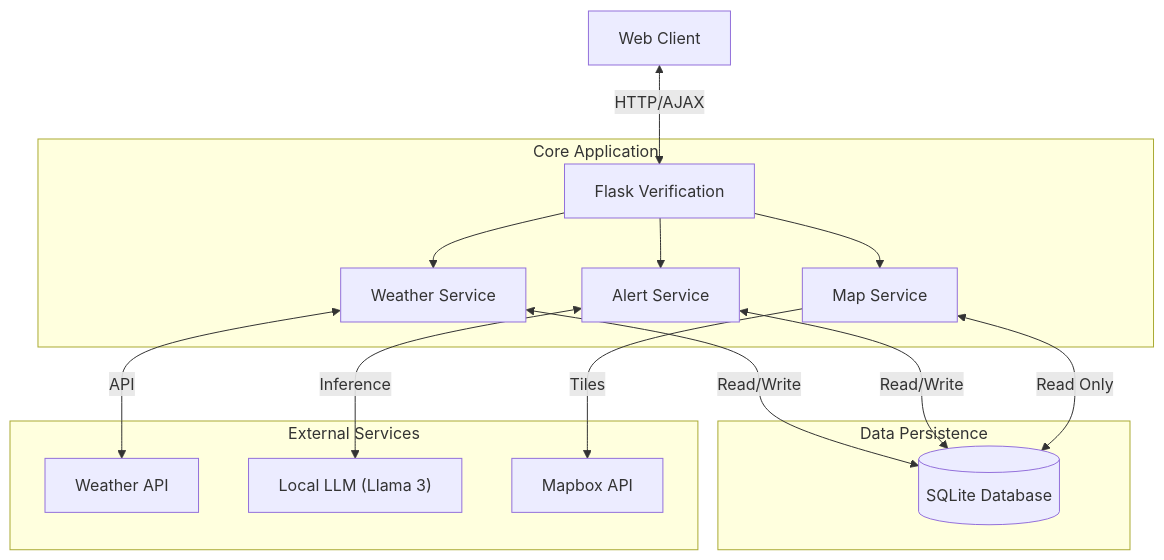
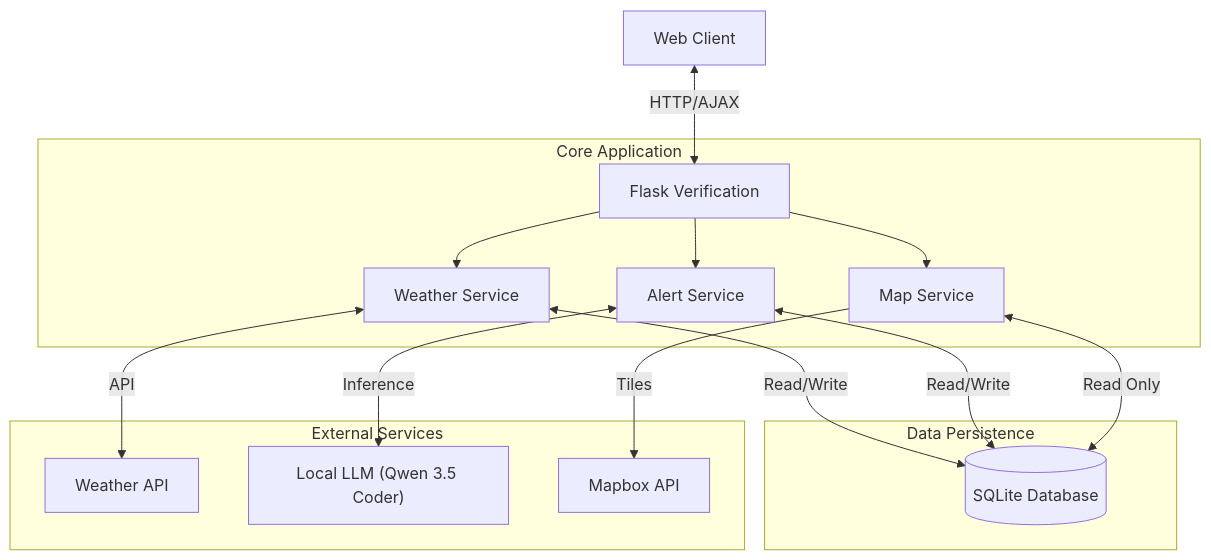
One commit to imtiazNDMA/EarlyWarningSystem changed the diagram in README.md. Above: the diagram before and after it, drawn with Mermaid. The commit also changed other lines of this file, not shown here.

Commit message:
docs: Update README to include bilingual alerts, reference Qwen 3.5 Coder LLM, and add API_TIMEOUT environment variable.

````diff
--- a/README.md
+++ b/README.md
@@ -28,22 +29,22 @@
 ```mermaid
 graph TD
     Client[Web Client] <-->|HTTP/AJAX| App[Flask Verification]
     
     subgraph "Core Application"
         App --> WeatherSvc[Weather Service]
         App --> AlertSvc[Alert Service]
         App --> MapSvc[Map Service]
     end
     
     subgraph "Data Persistence"
         WeatherSvc <-->|Read/Write| DB[("SQLite Database")]
         AlertSvc <-->|Read/Write| DB
         MapSvc <-->|Read Only| DB
     end
     
     subgraph "External Services"
         WeatherSvc <-->|API| OpenMeteo["Weather API"]
-        AlertSvc <-->|Inference| Ollama["Local LLM (Llama 3)"]
+        AlertSvc <-->|Inference| Ollama["Local LLM (Qwen 3.5 Coder)"]
         MapSvc -->|Tiles| Mapbox["Mapbox API"]
     end
 ```
````
